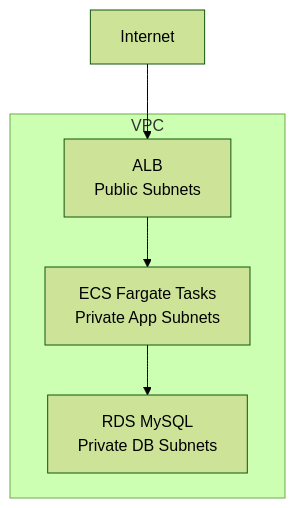
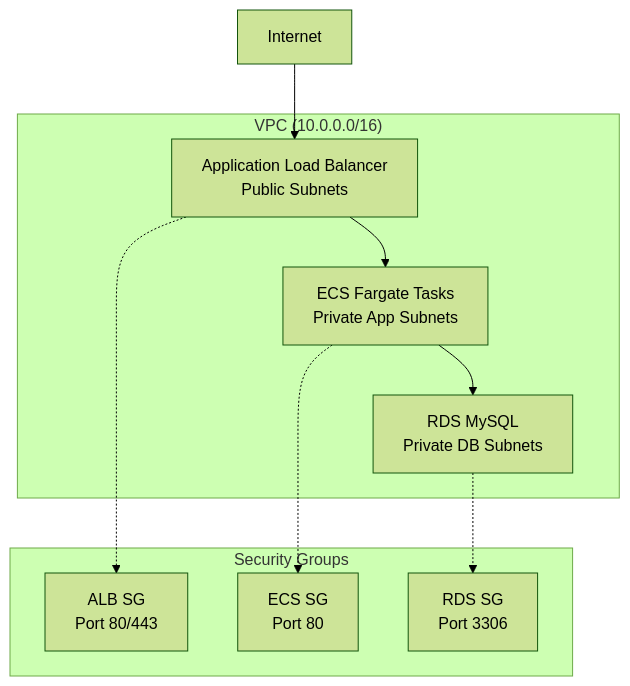
One commit to InkyThousand/Three-Tier-Web-App changed the diagram in README.md. Above: the diagram before and after it, drawn with Mermaid (forest theme). The commit also changed 6 other files, not shown here.

````diff
--- a/README.md
+++ b/README.md
@@ -7,12 +7,22 @@
 ```mermaid
 graph TD
-    A[Internet] --> B[ALB<br/>Public Subnets]
+    A[Internet] --> B[Application Load Balancer<br/>Public Subnets]
     B --> C[ECS Fargate Tasks<br/>Private App Subnets]
     C --> D[RDS MySQL<br/>Private DB Subnets]
     
-    subgraph VPC
+    subgraph "VPC (10.0.0.0/16)"
         B
         C
         D
     end
+    
+    subgraph "Security Groups"
+        SG1[ALB SG<br/>Port 80/443]
+        SG2[ECS SG<br/>Port 80]
+        SG3[RDS SG<br/>Port 3306]
+    end
+    
+    B -.-> SG1
+    C -.-> SG2
+    D -.-> SG3
 ```
````
